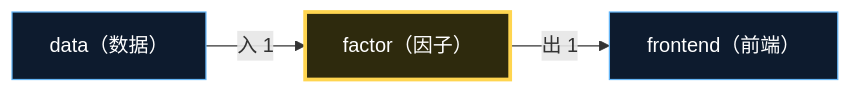
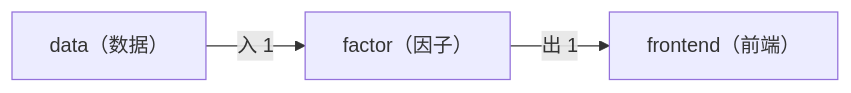
Before and after one commit to xuanFelixVan/ZephyrAlpha: the second of 2 diagrams in docs/02_enterprise_architecture/06_decision_architecture/07_decision_l2a_factor.md, drawn with Mermaid. The commit also changed other lines of this file and 23 other files, not shown here.

First line of the commit message:
style(decision-diagram): 移除所有 mermaid classDef，照搬 application_flows.md 纯默认主题

````diff
--- a/docs/02_enterprise_architecture/06_decision_architecture/07_decision_l2a_factor.md
+++ b/docs/02_enterprise_architecture/06_decision_architecture/07_decision_l2a_factor.md
@@ -80,11 +74,8 @@
 ```mermaid
 flowchart LR
-    SELF["factor（因子）"]:::selfDomain
-    EXT_frontend["frontend（前端）"]:::extDomain
+    SELF["factor（因子）"]
+    EXT_frontend["frontend（前端）"]
     SELF -->|出 1| EXT_frontend
-    EXT_data["data（数据）"]:::extDomain
+    EXT_data["data（数据）"]
     EXT_data -->|入 1| SELF
-
-    classDef selfDomain fill:#2e2a0d,stroke:#ffd54f,stroke-width:3px,color:#fff
-    classDef extDomain fill:#0d1b2e,stroke:#64b5f6,stroke-width:1px,color:#fff
 ```
````
